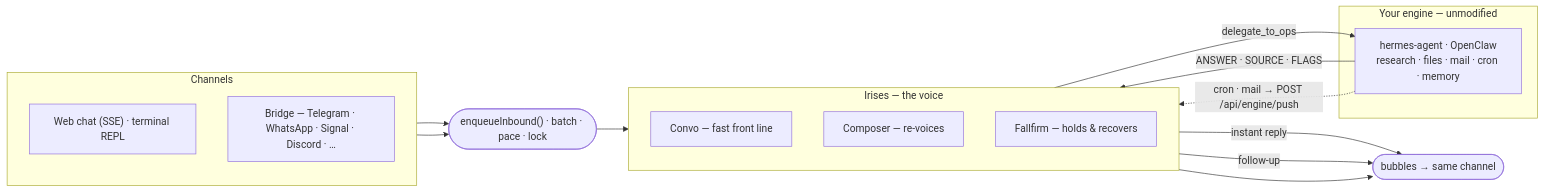
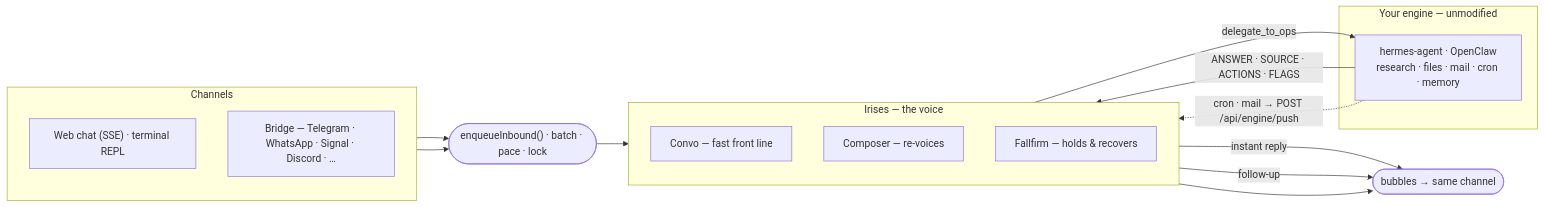
Before and after one commit to rivianpratama/Irises: the diagram in README.md, drawn with Mermaid. The commit also changed other lines of this file, not shown here.

First line of the commit message:
Expand README architecture and workflow

````diff
--- a/README.md
+++ b/README.md
@@ -56,30 +58,30 @@
 ```mermaid
 flowchart LR
     subgraph CH["Channels"]
         direction TB
         W["Web chat (SSE) · terminal REPL"]
         B["Bridge — Telegram · WhatsApp · Signal · Discord · …"]
     end
 
     subgraph BRAIN["Irises — the voice"]
         direction TB
         CV["Convo — fast front line"]
         CMP["Composer — re-voices"]
         FF["Fallfirm — holds & recovers"]
     end
 
     subgraph ENG["Your engine — unmodified"]
         E["hermes-agent · OpenClaw<br/>research · files · mail · cron · memory"]
     end
 
     W --> EI
     B --> EI
     EI(["enqueueInbound() · batch · pace · lock"]) --> CV
     CV -->|instant reply| OUT
     CV -->|delegate_to_ops| E
-    E -->|ANSWER · SOURCE · FLAGS| CMP
+    E -->|ANSWER · SOURCE · ACTIONS · FLAGS| CMP
     CMP -->|follow-up| OUT
     E -.->|cron · mail → POST /api/engine/push| CMP
     FF --> OUT
     OUT([" bubbles → same channel "])
 ```
````
